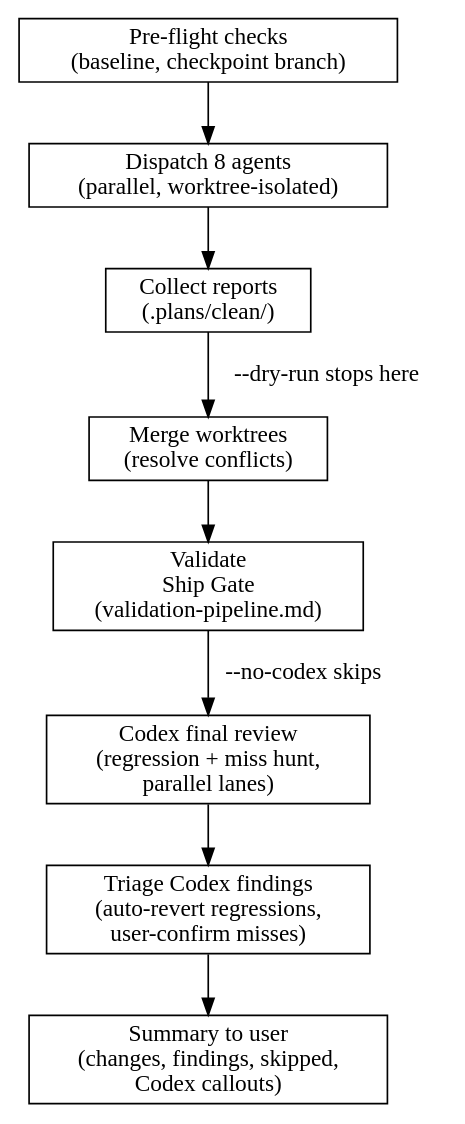
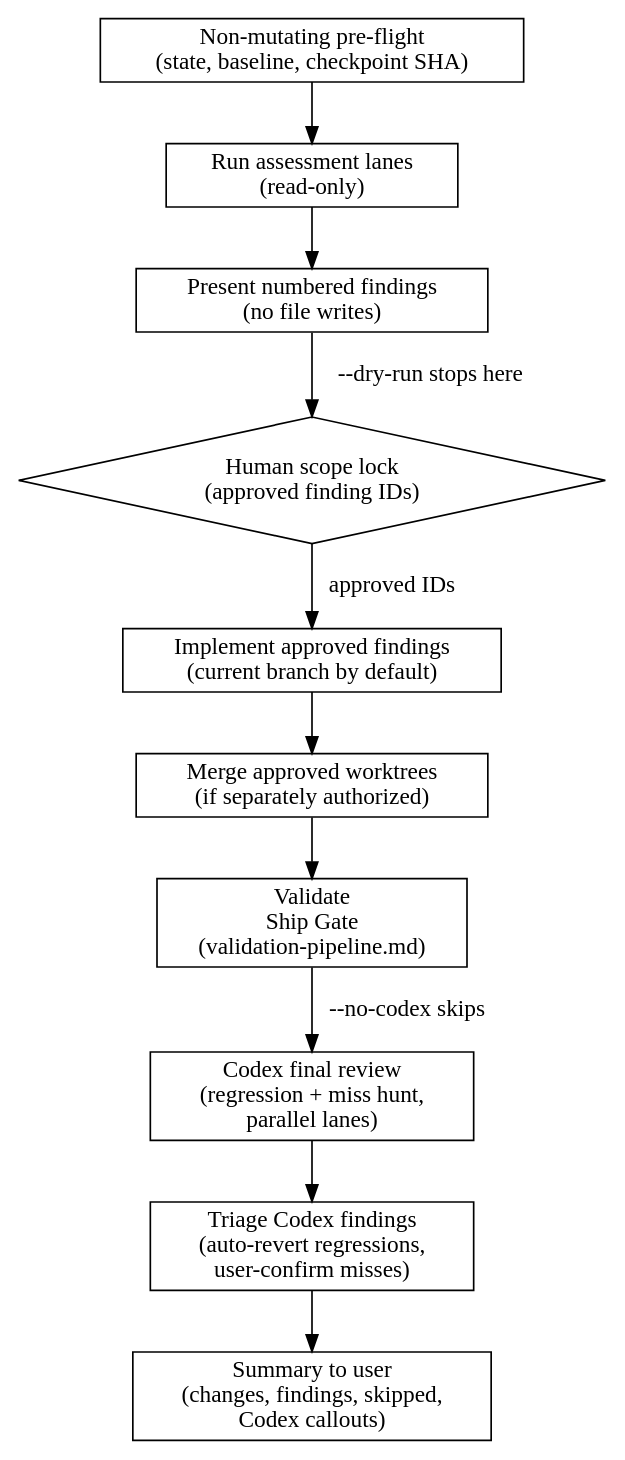
Before and after one commit to greenpill-dev-guild/green-goods: the diagram in .claude/skills/clean/SKILL.md, drawn with Graphviz. The commit also changed other lines of this file and 18 other files, not shown here.

````diff
--- a/.claude/skills/clean/SKILL.md
+++ b/.claude/skills/clean/SKILL.md
@@ -305,21 +309,25 @@
 ```dot
 digraph clean_flow {
     rankdir=TB;
-    preflight [label="Pre-flight checks\n(baseline, checkpoint branch)" shape=box];
-    dispatch [label="Dispatch 8 agents\n(parallel, worktree-isolated)" shape=box];
-    reports [label="Collect reports\n(.plans/clean/)" shape=box];
-    merge [label="Merge worktrees\n(resolve conflicts)" shape=box];
+    preflight [label="Non-mutating pre-flight\n(state, baseline, checkpoint SHA)" shape=box];
+    dispatch [label="Run assessment lanes\n(read-only)" shape=box];
+    reports [label="Present numbered findings\n(no file writes)" shape=box];
+    scope [label="Human scope lock\n(approved finding IDs)" shape=diamond];
+    implement [label="Implement approved findings\n(current branch by default)" shape=box];
+    merge [label="Merge approved worktrees\n(if separately authorized)" shape=box];
     validate [label="Validate\nShip Gate\n(validation-pipeline.md)" shape=box];
     codex [label="Codex final review\n(regression + miss hunt,\nparallel lanes)" shape=box];
     triage [label="Triage Codex findings\n(auto-revert regressions,\nuser-confirm misses)" shape=box];
     summary [label="Summary to user\n(changes, findings, skipped,\nCodex callouts)" shape=box];
 
     preflight -> dispatch;
     dispatch -> reports;
-    reports -> merge [label="--dry-run stops here"];
+    reports -> scope [label="--dry-run stops here"];
+    scope -> implement [label="approved IDs"];
+    implement -> merge;
     merge -> validate;
     validate -> codex [label="--no-codex skips"];
     codex -> triage;
     triage -> summary;
 }
 ```
````
